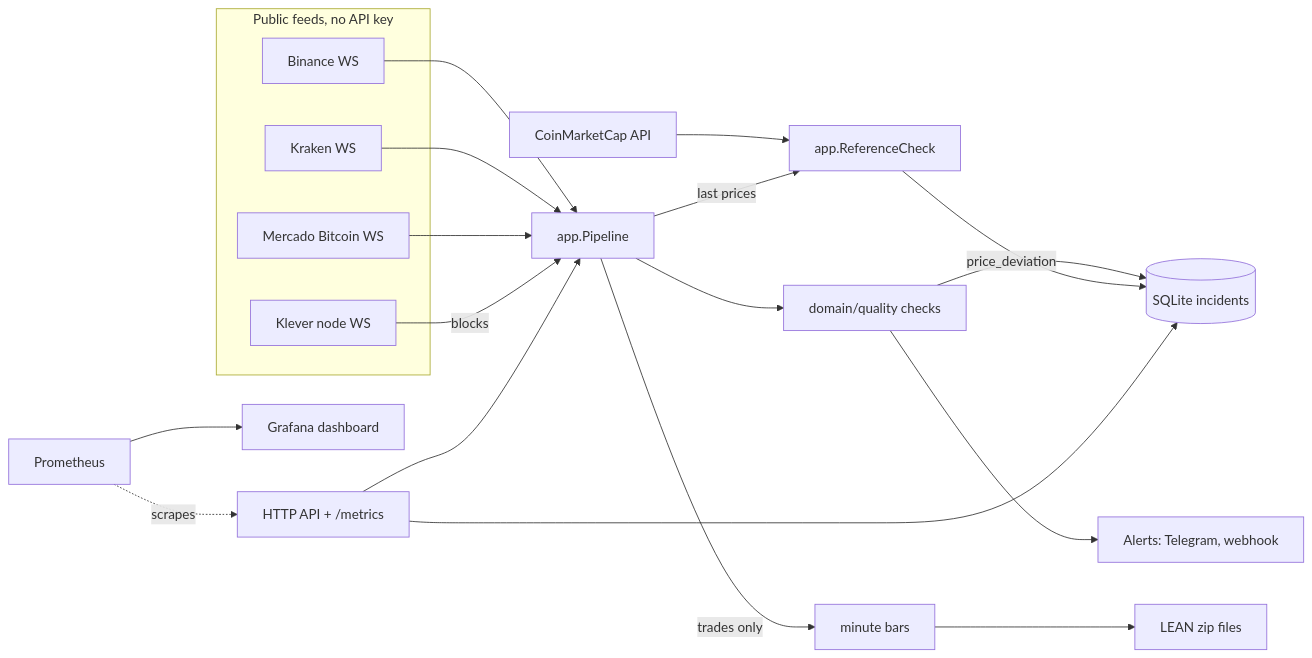
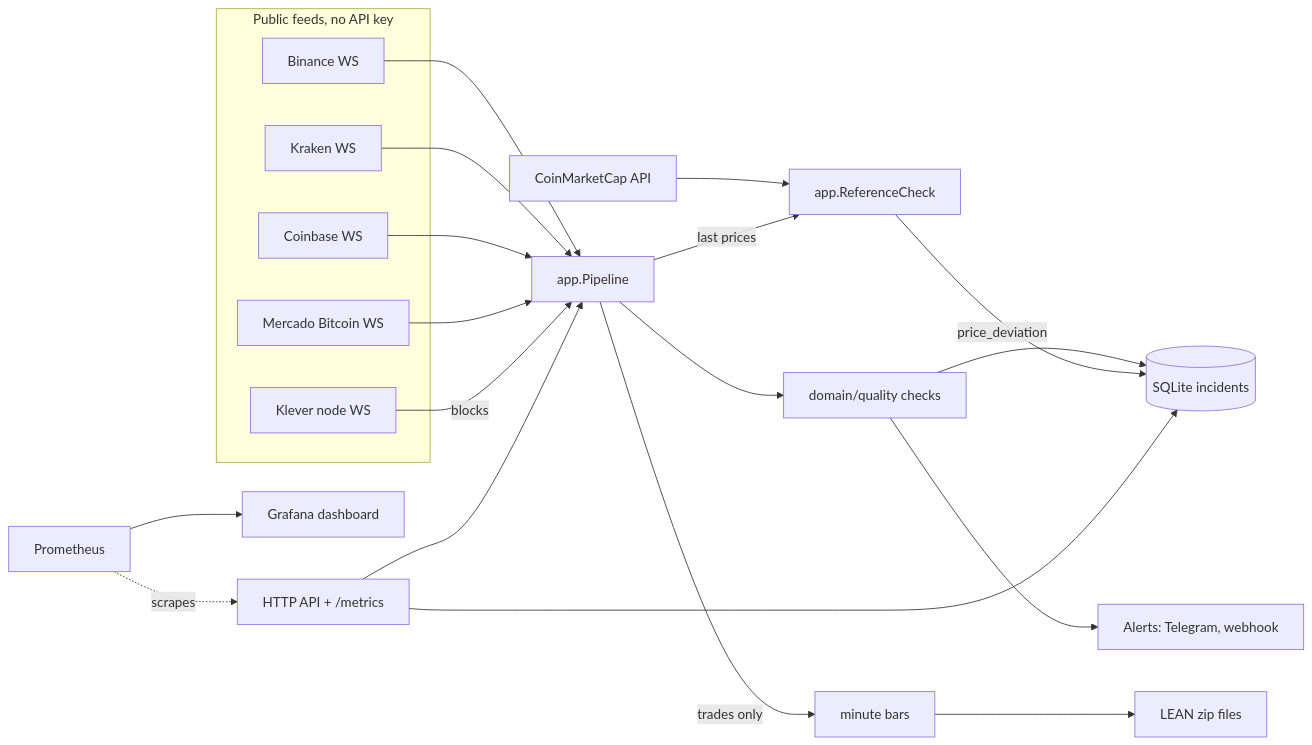
One commit to Amadeus-22/tekel changed the diagram in README.md. Above: the diagram before and after it, drawn with Mermaid. The commit also changed other lines of this file and 9 other files, not shown here.

````diff
--- a/README.md
+++ b/README.md
@@ -29,22 +29,23 @@
 ```mermaid
 flowchart LR
   subgraph sources [Public feeds, no API key]
     B[Binance WS]
     K[Kraken WS]
+    CB[Coinbase WS]
     MB[Mercado Bitcoin WS]
     KN[Klever node WS]
   end
-  B & K & MB --> P[app.Pipeline]
+  B & K & CB & MB --> P[app.Pipeline]
   KN -- blocks --> P
   P --> V[domain/quality checks]
   V --> I[(SQLite incidents)]
   V --> N[Alerts: Telegram, webhook]
   P -- trades only --> A[minute bars] --> L[LEAN zip files]
   CMC[CoinMarketCap API] --> R[app.ReferenceCheck]
   P -- last prices --> R
   R -- price_deviation --> I
   H[HTTP API + /metrics] --> I
   H --> P
   M[Prometheus] -. scrapes .-> H
   M --> G[Grafana dashboard]
 ```
````
